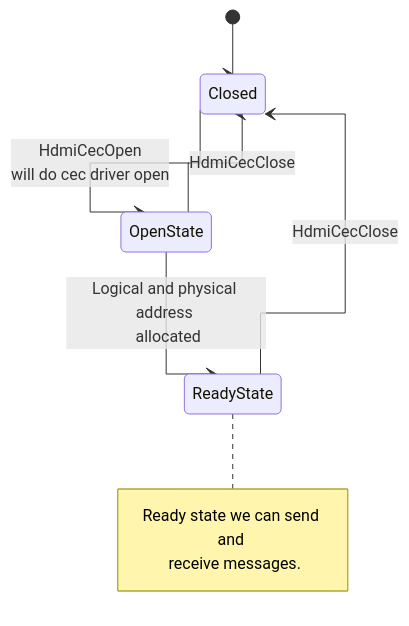
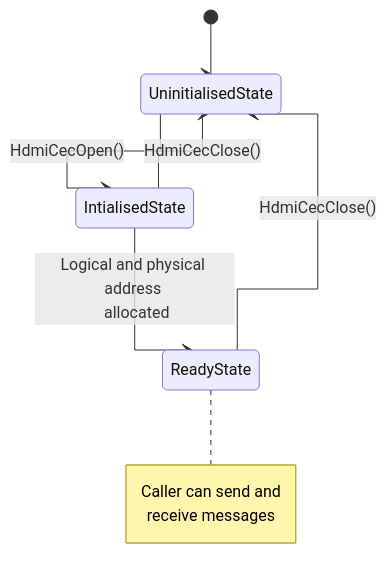
The third of 3 diagrams in docs/pages/halSpec.md (rdkcentral/rdk-halif-hdmi_cec), drawn with Mermaid before and after one commit. The commit also changed other lines of this file, not shown here.

````diff
--- a/docs/pages/halSpec.md
+++ b/docs/pages/halSpec.md
@@ -177,11 +171,11 @@
 ```mermaid
 %%{ init : { "theme" : "default", "flowchart" : { "curve" : "stepBefore" }}}%%
     stateDiagram-v2
-        [*] --> Closed
-        Closed --> OpenState:HdmiCecOpen <br> will do cec driver open
-        OpenState --> ReadyState:Logical and physical address <br> allocated
-        note right of ReadyState : Ready state we can send and <br> receive messages.
-        OpenState --> Closed : HdmiCecClose
-        ReadyState --> Closed : HdmiCecClose
+        [*] --> UninitialisedState
+        UninitialisedState --> IntialisedState:HdmiCecOpen()
+        IntialisedState --> ReadyState:Logical and physical address <br> allocated
+        note right of ReadyState : Caller can send and <br> receive messages
+        IntialisedState --> UninitialisedState:HdmiCecClose()
+        ReadyState --> UninitialisedState:HdmiCecClose()
 
 ```
````
